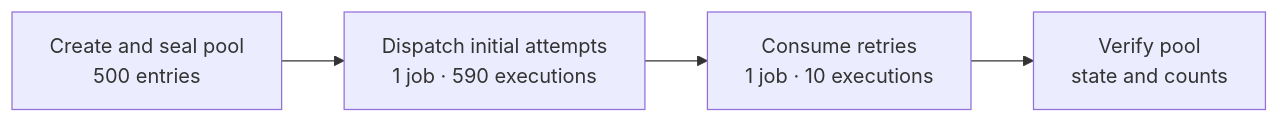
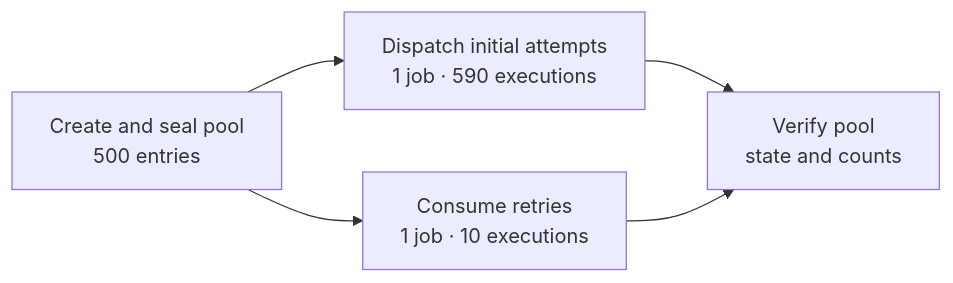
One commit to catkins/test-scheduler-bazel-demo changed the first of 2 diagrams in README.md. Above: the diagram before and after it, drawn with Mermaid. The commit also changed other lines of this file and 5 other files, not shown here.

First line of the commit message:
Start retry consumption during initial dispatch

````diff
--- a/README.md
+++ b/README.md
@@ -127,11 +131,12 @@
 ```mermaid
 flowchart LR
-    setup["Create and seal pool<br/>500 entries"]
+    populate["Create and seal pool<br/>500 entries"]
     initial["Dispatch initial attempts<br/>1 job · 590 executions"]
     retry["Consume retries<br/>1 job · 10 executions"]
     verify["Verify pool<br/>state and counts"]
 
-    setup --> initial
-    initial --> retry
+    populate --> initial
+    populate --> retry
+    initial --> verify
     retry --> verify
 ```
````
